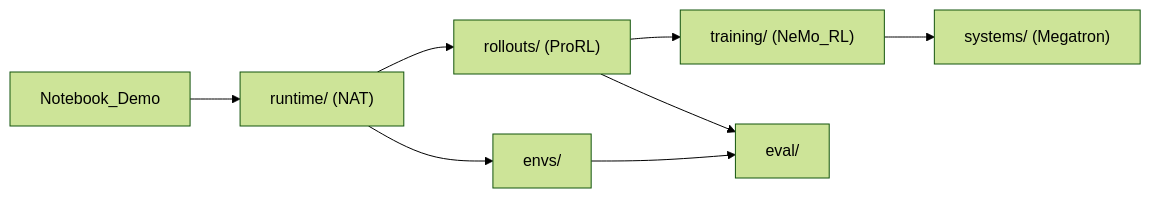
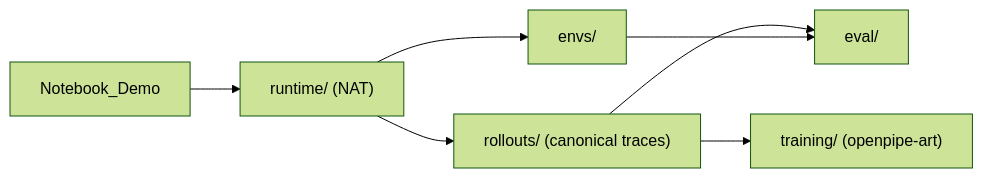
The diagram in PLAN.md (jcoupe-nvidia/by-workshop), drawn with Mermaid (forest theme) before and after one commit. The commit also changed other lines of this file and 23 other files, not shown here.

````diff
--- a/PLAN.md
+++ b/PLAN.md
@@ -28,10 +29,9 @@
 ```mermaid
 flowchart LR
     notebook["Notebook_Demo"] --> runtime["runtime/ (NAT)"]
     runtime --> envs["envs/"]
-    runtime --> rollouts["rollouts/ (ProRL)"]
-    rollouts --> training["training/ (NeMo_RL)"]
-    training --> systems["systems/ (Megatron)"]
+    runtime --> rollouts["rollouts/ (canonical traces)"]
+    rollouts --> training["training/ (openpipe-art)"]
     rollouts --> evalLayer["eval/"]
     envs --> evalLayer
 ```
````
